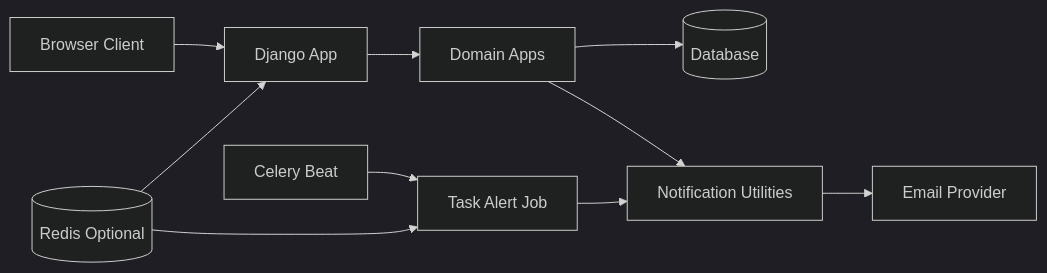
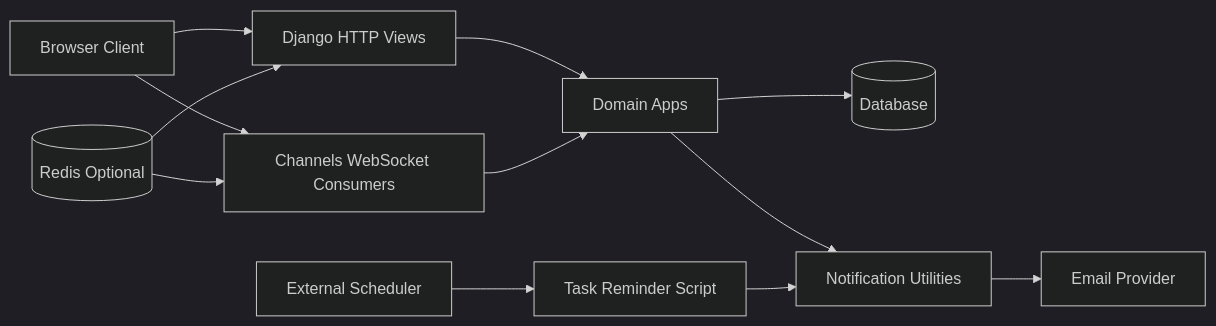
Before and after one commit to gemnightfox/WebPlant: the diagram in docs/architecture.md, drawn with Mermaid (dark theme). The commit also changed other lines of this file and 6 other files, not shown here.

````diff
--- a/docs/architecture.md
+++ b/docs/architecture.md
@@ -65,12 +93,14 @@
 ```mermaid
 flowchart LR
-    UserClient[Browser Client] --> DjangoApp[Django App]
-    DjangoApp --> DomainApps[Domain Apps]
+    UserClient[Browser Client] --> DjangoHTTP[Django HTTP Views]
+    UserClient --> DjangoWS[Channels WebSocket Consumers]
+    DjangoHTTP --> DomainApps[Domain Apps]
+    DjangoWS --> DomainApps
     DomainApps --> Database[(Database)]
     DomainApps --> NotificationLayer[Notification Utilities]
     NotificationLayer --> EmailProvider[Email Provider]
-    CeleryBeat[Celery Beat] --> ReminderTask[Task Alert Job]
-    ReminderTask --> NotificationLayer
-    Redis[(Redis Optional)] --> DjangoApp
-    Redis --> ReminderTask
+    Scheduler[External Scheduler] --> ReminderScript[Task Reminder Script]
+    ReminderScript --> NotificationLayer
+    Redis[(Redis Optional)] --> DjangoHTTP
+    Redis --> DjangoWS
 ```
````
